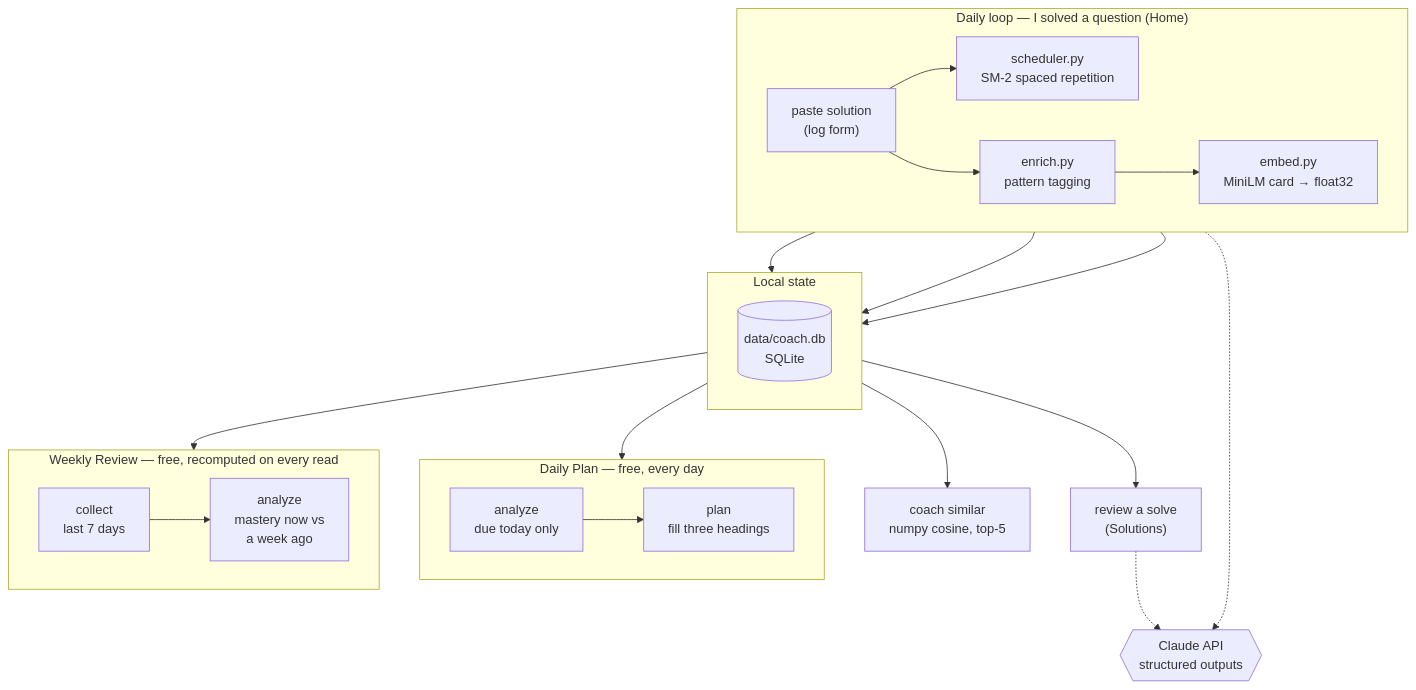
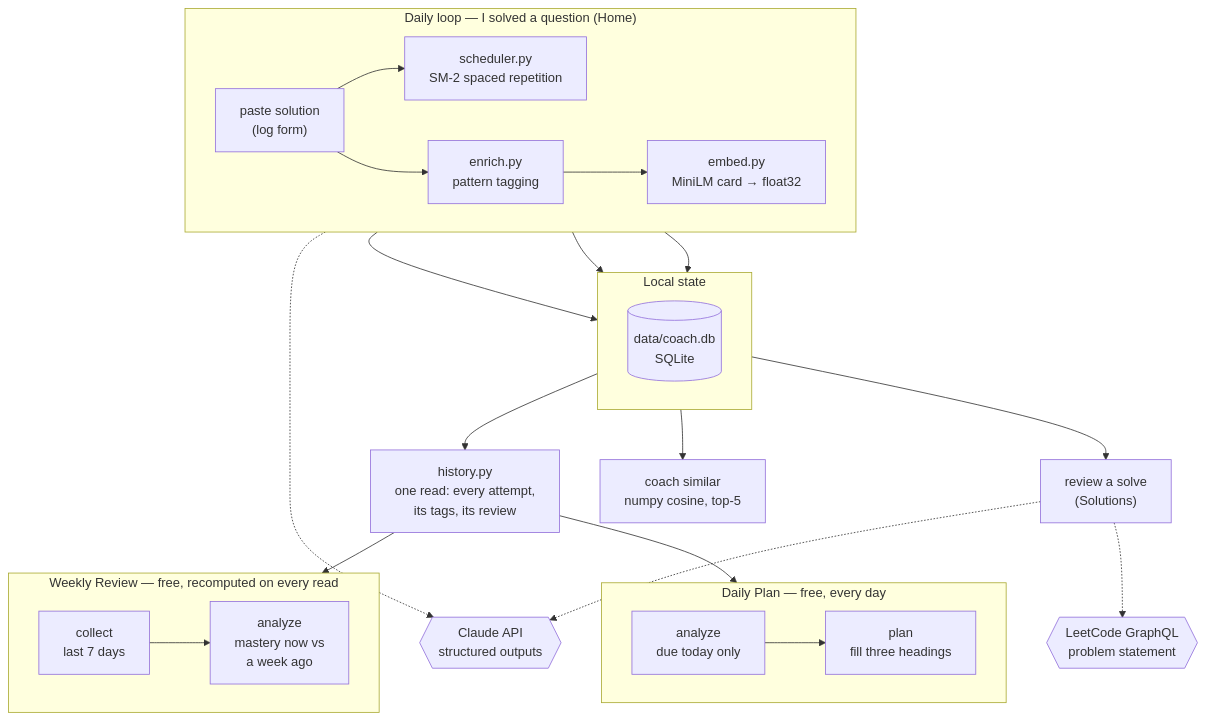
The diagram in docs/DESIGN.md (AvivE453/leetcode-coach), drawn with Mermaid before and after one commit. The commit also changed other lines of this file and 1 other file, not shown here.

````diff
--- a/docs/DESIGN.md
+++ b/docs/DESIGN.md
@@ -10,38 +10,41 @@
 ```mermaid
 flowchart TB
     subgraph daily ["Daily loop — I solved a question (Home)"]
         direction LR
         paste["paste solution<br/>(log form)"] --> sm2["scheduler.py<br/>SM-2 spaced repetition"]
         paste --> enr["enrich.py<br/>pattern tagging"]
         enr --> emb["embed.py<br/>MiniLM card → float32"]
     end
 
     subgraph state ["Local state"]
         direction LR
         db[("data/coach.db<br/>SQLite")]
     end
 
     subgraph todayp ["Daily Plan — free, every day"]
         direction LR
         ta["analyze<br/>due today only"] --> tp["plan<br/>fill three headings"]
     end
 
     subgraph weeklyp ["Weekly Review — free, recomputed on every read"]
         direction LR
         c["collect<br/>last 7 days"] --> a["analyze<br/>mastery now vs<br/>a week ago"]
     end
 
     api{{"Claude API<br/>structured outputs"}}
+    lc{{"LeetCode GraphQL<br/>problem statement"}}
 
     sm2 --> db
     enr --> db
     emb --> db
-    db --> ta
-    db --> c
+    db --> hist["history.py<br/>one read: every attempt,<br/>its tags, its review"]
+    hist --> ta
+    hist --> c
 
     enr -.-> api
 
     db --> sim["coach similar<br/>numpy cosine, top-5"]
     db --> rev["review a solve<br/>(Solutions)"]
     rev -.-> api
+    rev -.-> lc
 ```
````
